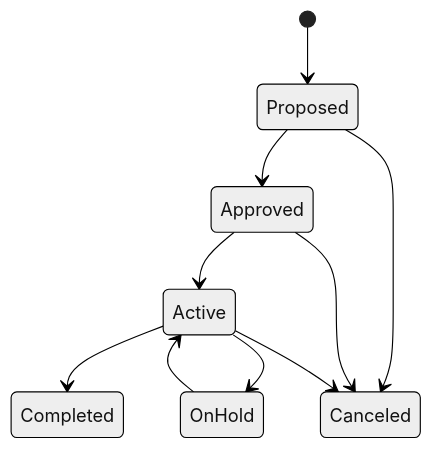
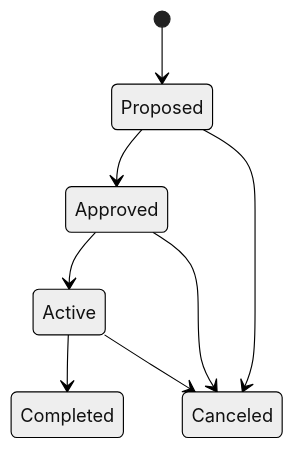
The diagram in docs/user-guide/ppm/strategic-initiatives.mdx (destacey/Wayd), drawn with Mermaid (neutral theme) before and after one commit. The commit also changed other lines of this file and 78 other files, not shown here.

````diff
--- a/docs/user-guide/ppm/strategic-initiatives.mdx
+++ b/docs/user-guide/ppm/strategic-initiatives.mdx
@@ -20,12 +20,10 @@
 ```mermaid
 stateDiagram-v2
     [*] --> Proposed
     Proposed --> Approved
     Approved --> Active
-    Active --> OnHold
-    OnHold --> Active
     Active --> Completed
     Proposed --> Canceled
     Approved --> Canceled
     Active --> Canceled
 ```
````
